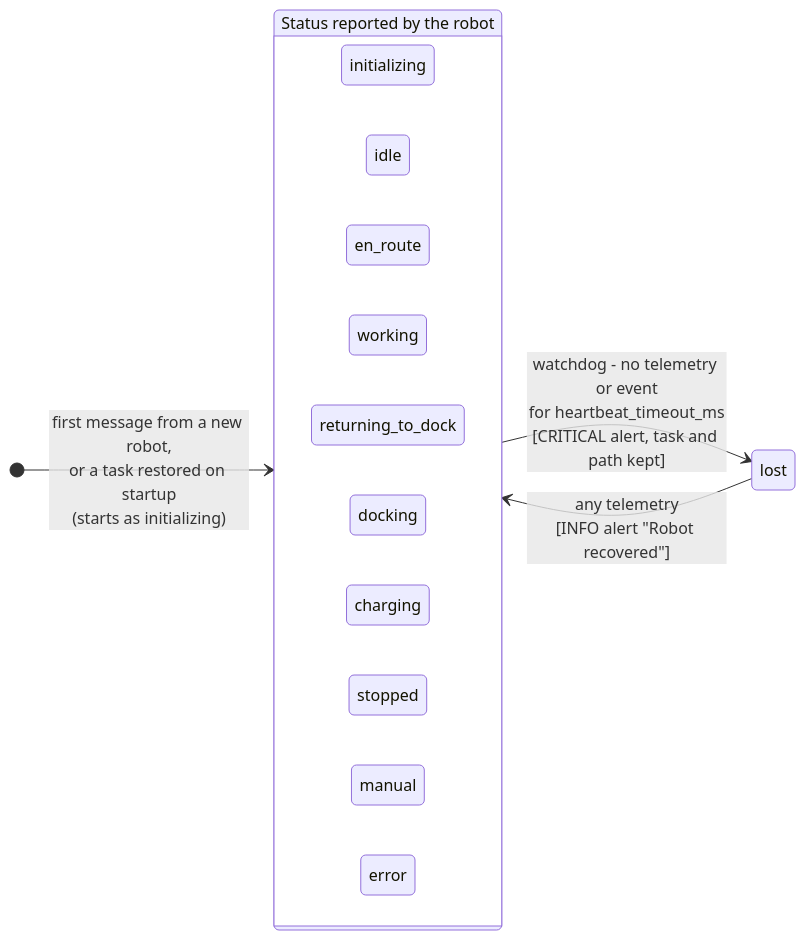
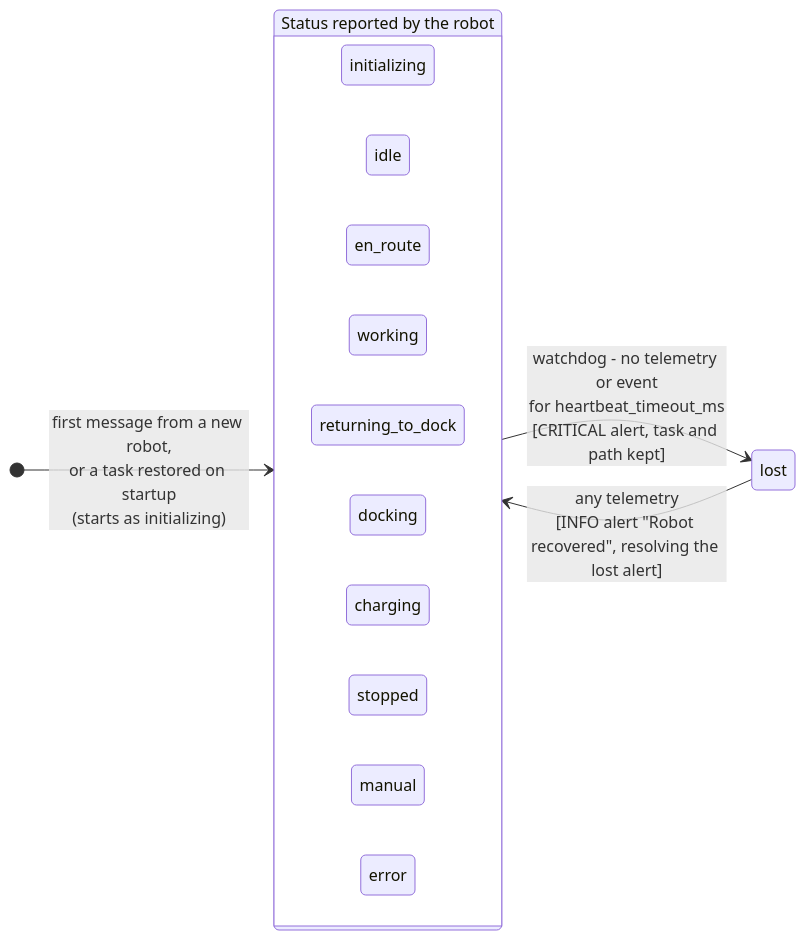
The first of 3 diagrams in farm-controller/orchestrator/docs/state-machine.md (Ca1eb9/verdant-os), drawn with Mermaid before and after one commit. The commit also changed other lines of this file and 53 other files, not shown here.

````diff
--- a/farm-controller/orchestrator/docs/state-machine.md
+++ b/farm-controller/orchestrator/docs/state-machine.md
@@ -19,22 +19,22 @@
 ```mermaid
 stateDiagram-v2
     direction LR
     [*] --> Reported : first message from a new robot,<br/>or a task restored on startup<br/>(starts as initializing)
 
     state "Status reported by the robot" as Reported {
         direction LR
         initializing
         idle
         en_route
         working
         returning_to_dock
         docking
         charging
         stopped
         manual
         error
     }
 
     Reported --> lost : watchdog - no telemetry or event<br/>for heartbeat_timeout_ms<br/>[CRITICAL alert, task and path kept]
-    lost --> Reported : any telemetry<br/>[INFO alert "Robot recovered"]
+    lost --> Reported : any telemetry<br/>[INFO alert "Robot recovered", resolving the lost alert]
 ```
````
